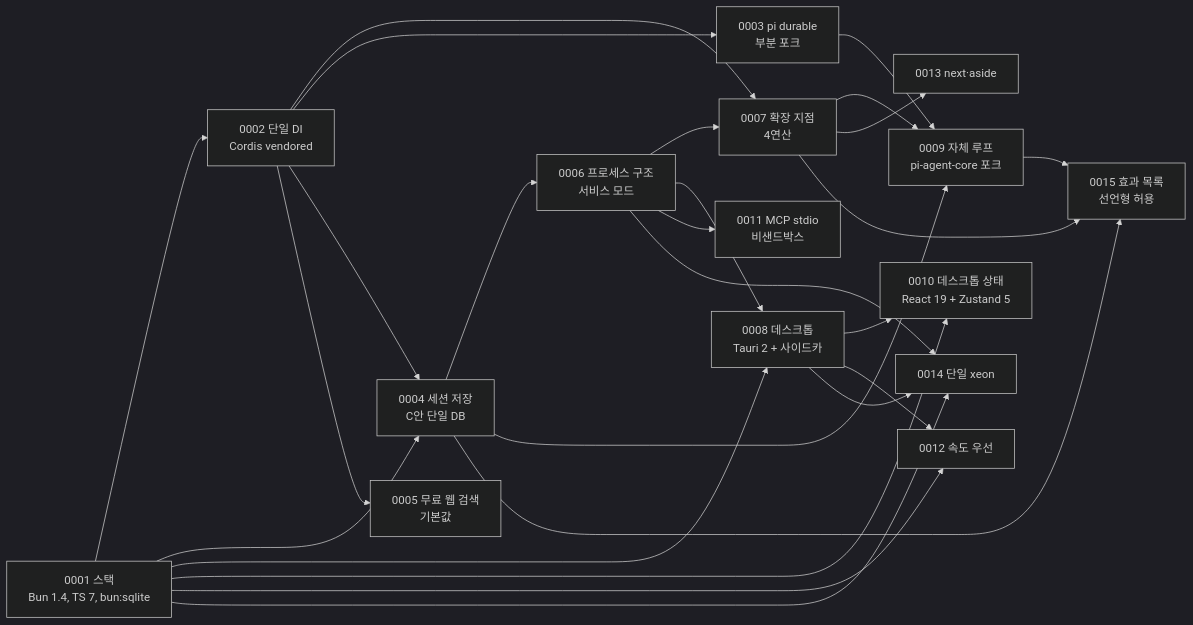
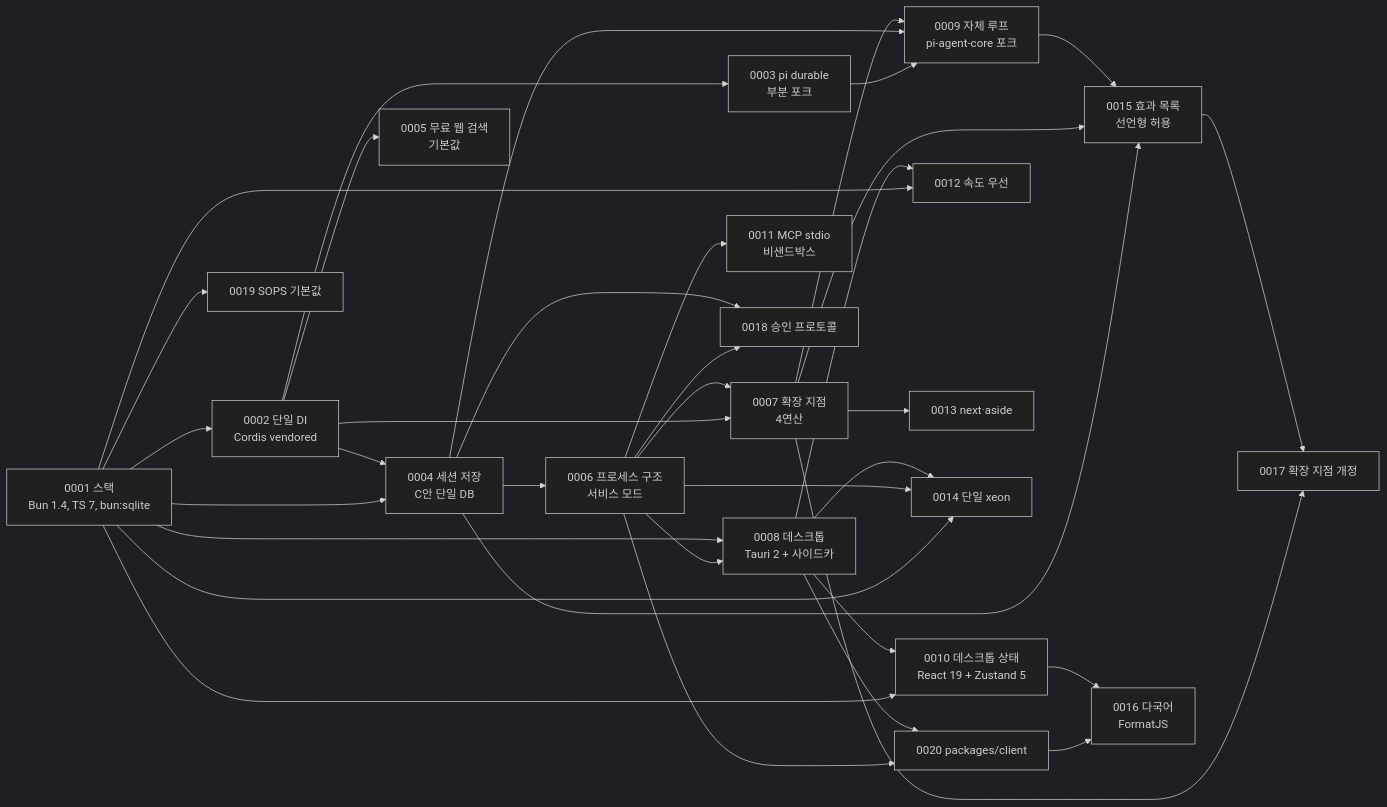
One commit to Rengod95/Helm-Agent_Docs_OS changed the diagram in docs/xeon/decisions/README.md. Above: the diagram before and after it, drawn with Mermaid (dark theme). The commit also changed other lines of this file and 17 other files, not shown here.

````diff
--- a/docs/xeon/decisions/README.md
+++ b/docs/xeon/decisions/README.md
@@ -99,44 +104,58 @@
 ```mermaid
 flowchart LR
   A1["0001 스택<br/>Bun 1.4, TS 7, bun:sqlite"]
   A2["0002 단일 DI<br/>Cordis vendored"]
   A3["0003 pi durable<br/>부분 포크"]
   A4["0004 세션 저장<br/>C안 단일 DB"]
   A5["0005 무료 웹 검색<br/>기본값"]
   A6["0006 프로세스 구조<br/>서비스 모드"]
   A7["0007 확장 지점<br/>4연산"]
   A8["0008 데스크톱<br/>Tauri 2 + 사이드카"]
   A9["0009 자체 루프<br/>pi-agent-core 포크"]
   A10["0010 데스크톱 상태<br/>React 19 + Zustand 5"]
   A11["0011 MCP stdio<br/>비샌드박스"]
   A12["0012 속도 우선"]
   A13["0013 next·aside"]
   A14["0014 단일 xeon"]
   A15["0015 효과 목록<br/>선언형 허용"]
+  A16["0016 다국어<br/>FormatJS"]
+  A17["0017 확장 지점 개정"]
+  A18["0018 승인 프로토콜"]
+  A19["0019 SOPS 기본값"]
+  A20["0020 packages/client"]
 
   A1 --> A2
   A2 --> A7
   A2 --> A3
   A1 --> A4
   A2 --> A4
   A2 --> A5
   A4 --> A6
   A6 --> A7
   A6 --> A8
   A1 --> A8
   A3 --> A9
   A4 --> A9
   A7 --> A9
   A1 --> A10
   A8 --> A10
   A6 --> A11
   A1 --> A12
   A8 --> A12
   A7 --> A13
   A1 --> A14
   A6 --> A14
   A8 --> A14
   A4 --> A15
   A7 --> A15
   A9 --> A15
+  A20 --> A16
+  A10 --> A16
+  A7 --> A17
+  A15 --> A17
+  A6 --> A18
+  A4 --> A18
+  A1 --> A19
+  A6 --> A20
+  A8 --> A20
 ```
````
